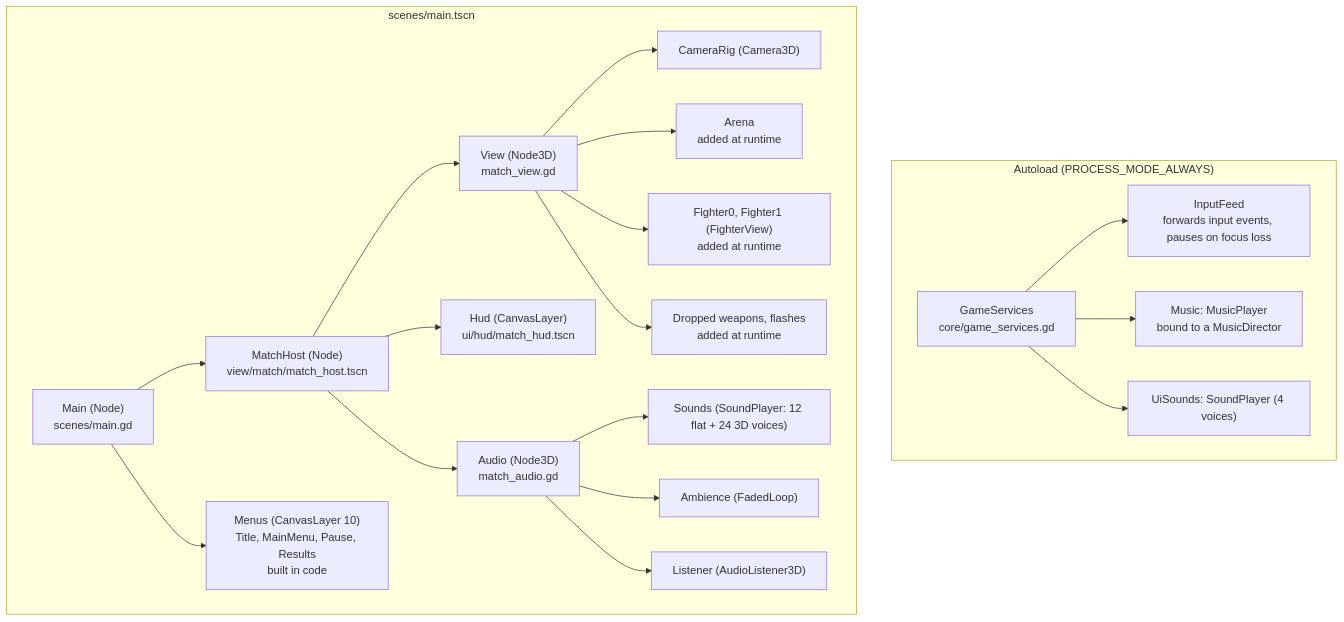
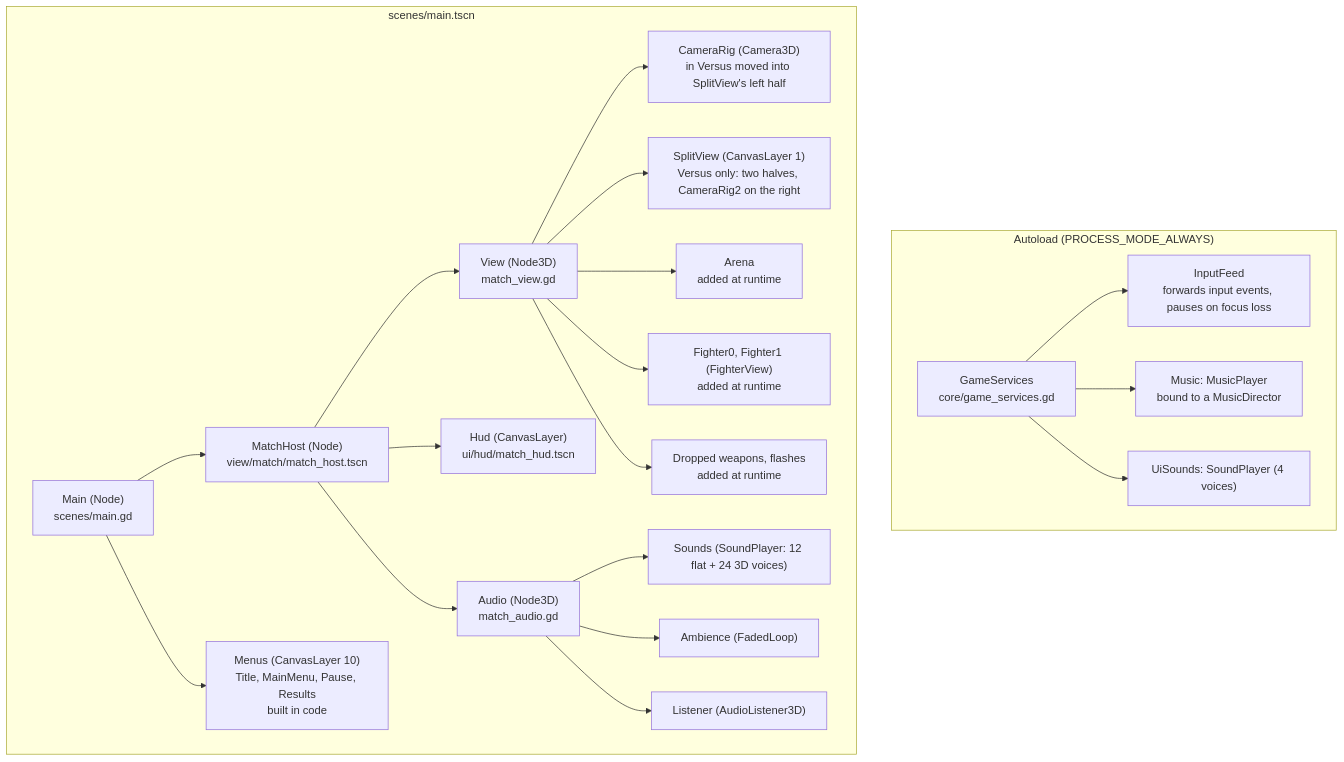
Before and after one commit to Arod231/monomachia: the fourth of 22 diagrams in docs/architecture.md, drawn with Mermaid. The commit also changed other lines of this file and 13 other files, not shown here.

First line of the commit message:
Add Versus split screen (godot-rebuild 23.6)

````diff
--- a/docs/architecture.md
+++ b/docs/architecture.md
@@ -157,24 +157,25 @@
 ```mermaid
 flowchart TD
     subgraph AUTOLOAD["Autoload (PROCESS_MODE_ALWAYS)"]
         GS["GameServices<br/>core/game_services.gd"]
         GS --> FEED["InputFeed<br/>forwards input events, pauses on focus loss"]
         GS --> MUSIC["Music: MusicPlayer<br/>bound to a MusicDirector"]
         GS --> UIS["UiSounds: SoundPlayer (4 voices)"]
     end
     subgraph MAINTSCN["scenes/main.tscn"]
         MAIN["Main (Node)<br/>scenes/main.gd"]
         MAIN --> HOST["MatchHost (Node)<br/>view/match/match_host.tscn"]
         MAIN --> MENUS["Menus (CanvasLayer 10)<br/>Title, MainMenu, Pause, Results<br/>built in code"]
         HOST --> VIEW["View (Node3D)<br/>match_view.gd"]
         HOST --> HUD["Hud (CanvasLayer)<br/>ui/hud/match_hud.tscn"]
         HOST --> AUD["Audio (Node3D)<br/>match_audio.gd"]
-        VIEW --> CAM["CameraRig (Camera3D)"]
+        VIEW --> CAM["CameraRig (Camera3D)<br/>in Versus moved into SplitView's left half"]
+        VIEW --> SPLIT["SplitView (CanvasLayer 1)<br/>Versus only: two halves, CameraRig2 on the right"]
         VIEW --> ARENA["Arena<br/>added at runtime"]
         VIEW --> F0["Fighter0, Fighter1 (FighterView)<br/>added at runtime"]
         VIEW --> DROP["Dropped weapons, flashes<br/>added at runtime"]
         AUD --> SND["Sounds (SoundPlayer: 12 flat + 24 3D voices)"]
         AUD --> AMB["Ambience (FadedLoop)"]
         AUD --> LIS["Listener (AudioListener3D)"]
     end
 ```
````
